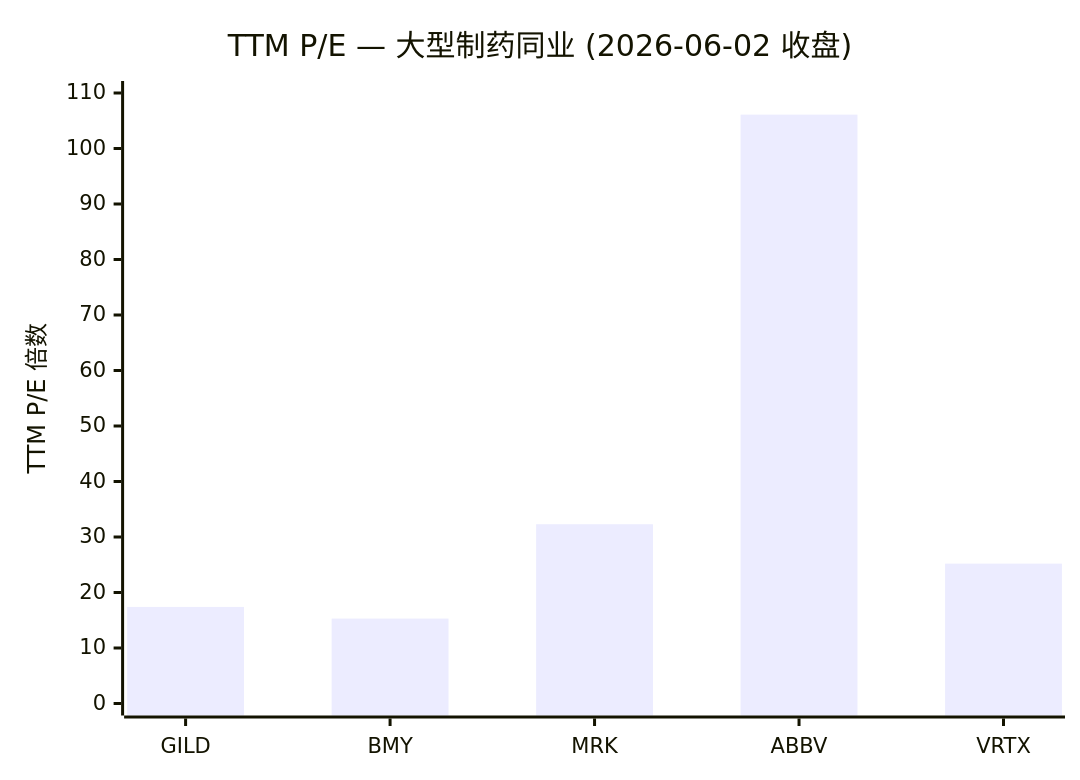
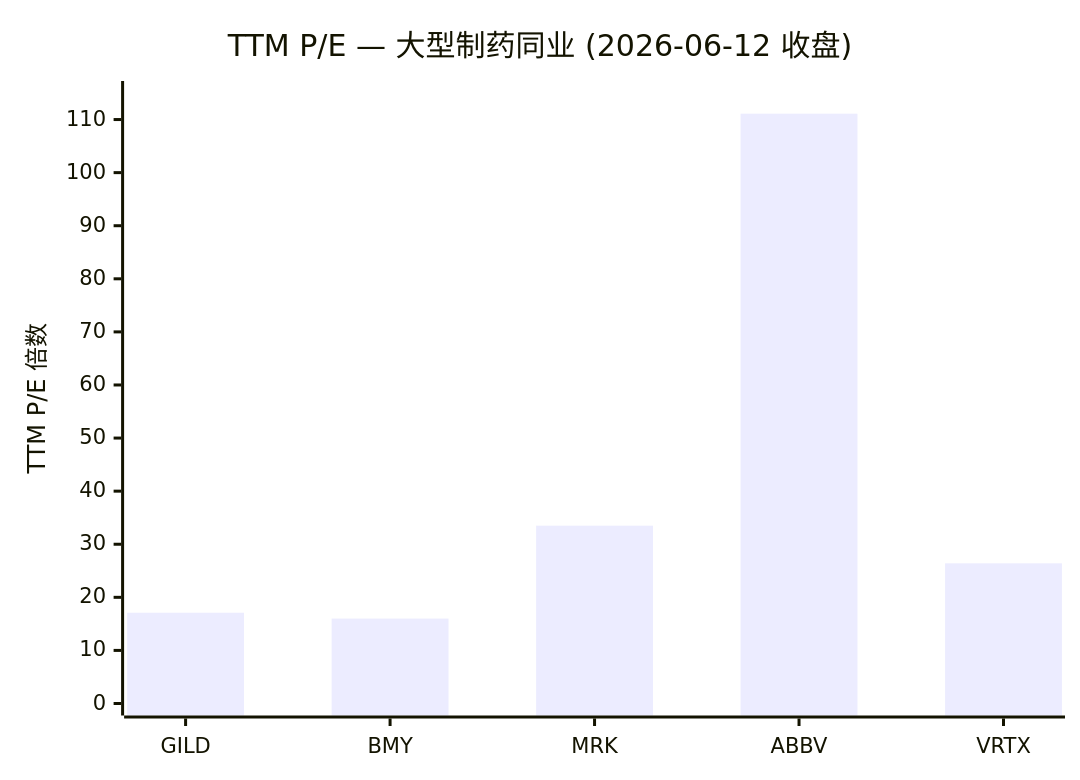
Before and after one commit to dadachundan/financial_agent: the fifth of 6 diagrams in reports/company/Gilead_NASDAQ_GILD/Gilead_NASDAQ_GILD_公司研究.md, drawn with Mermaid. The commit also changed other lines of this file and 9 other files, not shown here.

First line of the commit message:
feat(company-research): refresh Gilead (GILD) to current spec — decision layer + full chart suite

````diff
--- a/reports/company/Gilead_NASDAQ_GILD/Gilead_NASDAQ_GILD_公司研究.md
+++ b/reports/company/Gilead_NASDAQ_GILD/Gilead_NASDAQ_GILD_公司研究.md
@@ -252,7 +788,7 @@
 ```mermaid
 xychart-beta
-    title "TTM P/E — 大型制药同业 (2026-06-02 收盘)"
+    title "TTM P/E — 大型制药同业 (2026-06-12 收盘)"
     x-axis [GILD, BMY, MRK, ABBV, VRTX]
-    y-axis "TTM P/E 倍数" 0 --> 110
-    bar [17.4, 15.3, 32.3, 106.1, 25.2]
+    y-axis "TTM P/E 倍数" 0 --> 115
+    bar [17.1, 16.0, 33.5, 111.1, 26.4]
 ```
````
